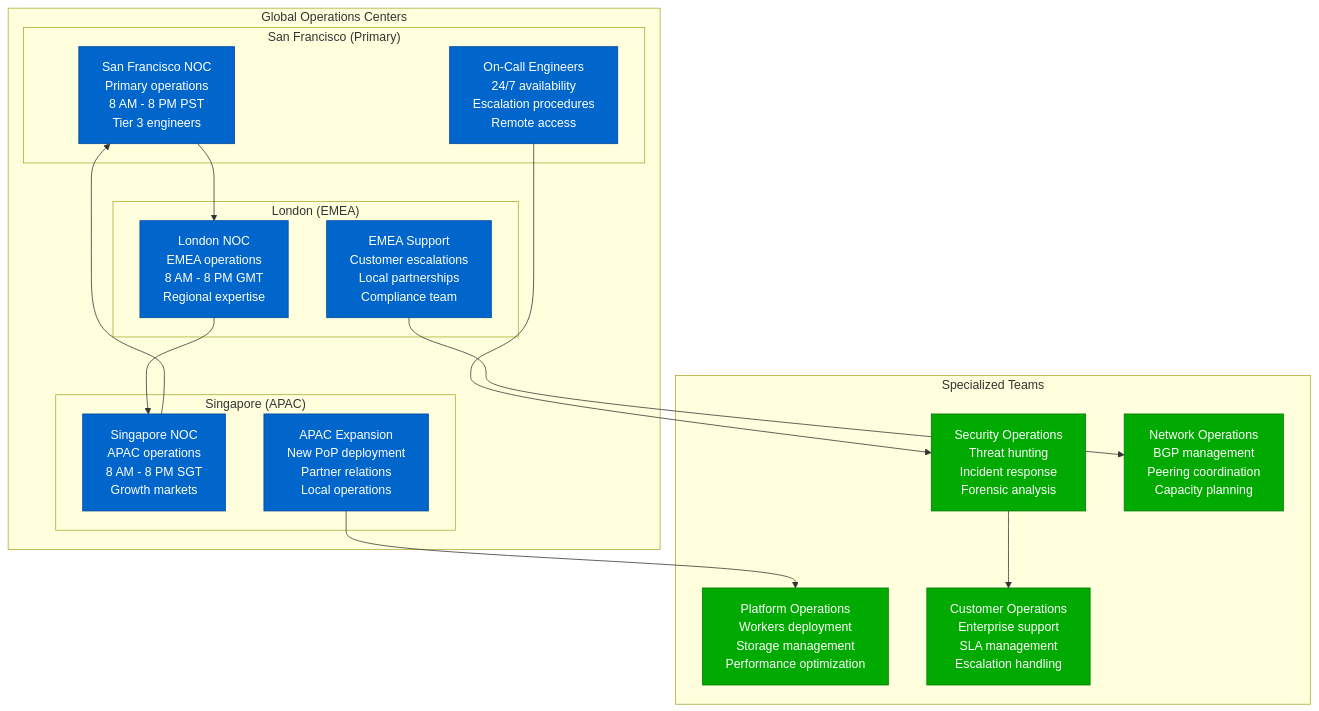
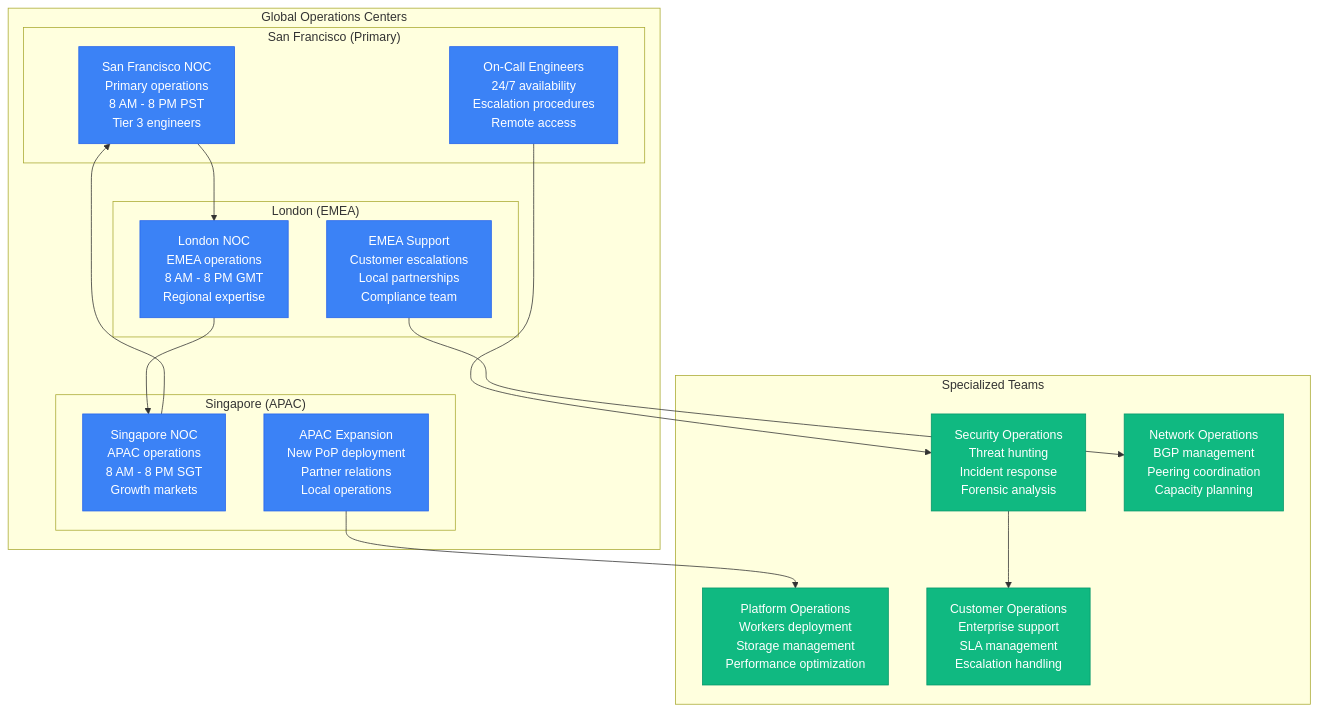
The eighth of 8 diagrams in site/docs/systems/cloudflare/production-operations.md (deepaucksharma/DS), drawn with Mermaid before and after one commit. The commit also changed other lines of this file and 303 other files, not shown here.

````diff
--- a/site/docs/systems/cloudflare/production-operations.md
+++ b/site/docs/systems/cloudflare/production-operations.md
@@ -390,46 +390,46 @@
 ```mermaid
 graph TB
     subgraph "Global Operations Centers"
         subgraph "San Francisco (Primary)"
             SF_NOC[San Francisco NOC<br/>Primary operations<br/>8 AM - 8 PM PST<br/>Tier 3 engineers]
             SF_ONCALL[On-Call Engineers<br/>24/7 availability<br/>Escalation procedures<br/>Remote access]
         end
 
         subgraph "London (EMEA)"
             LON_NOC[London NOC<br/>EMEA operations<br/>8 AM - 8 PM GMT<br/>Regional expertise]
             LON_SUPPORT[EMEA Support<br/>Customer escalations<br/>Local partnerships<br/>Compliance team]
         end
 
         subgraph "Singapore (APAC)"
             SIN_NOC[Singapore NOC<br/>APAC operations<br/>8 AM - 8 PM SGT<br/>Growth markets]
             SIN_EXPANSION[APAC Expansion<br/>New PoP deployment<br/>Partner relations<br/>Local operations]
         end
     end
 
     subgraph "Specialized Teams"
         SECURITY_OPS[Security Operations<br/>Threat hunting<br/>Incident response<br/>Forensic analysis]
 
         NETWORK_OPS[Network Operations<br/>BGP management<br/>Peering coordination<br/>Capacity planning]
 
         PLATFORM_OPS[Platform Operations<br/>Workers deployment<br/>Storage management<br/>Performance optimization]
 
         CUSTOMER_OPS[Customer Operations<br/>Enterprise support<br/>SLA management<br/>Escalation handling]
     end
 
     %% Operations coordination
     SF_NOC --> LON_NOC
     LON_NOC --> SIN_NOC
     SIN_NOC --> SF_NOC
 
     SF_ONCALL --> SECURITY_OPS
     LON_SUPPORT --> NETWORK_OPS
     SIN_EXPANSION --> PLATFORM_OPS
     SECURITY_OPS --> CUSTOMER_OPS
 
     %% Apply team colors
-    classDef nocStyle fill:#0066CC,stroke:#004499,color:#fff
-    classDef specialistStyle fill:#00AA00,stroke:#007700,color:#fff
+    classDef nocStyle fill:#3B82F6,stroke:#2563EB,color:#fff
+    classDef specialistStyle fill:#10B981,stroke:#059669,color:#fff
 
     class SF_NOC,SF_ONCALL,LON_NOC,LON_SUPPORT,SIN_NOC,SIN_EXPANSION nocStyle
     class SECURITY_OPS,NETWORK_OPS,PLATFORM_OPS,CUSTOMER_OPS specialistStyle
 ```
````
